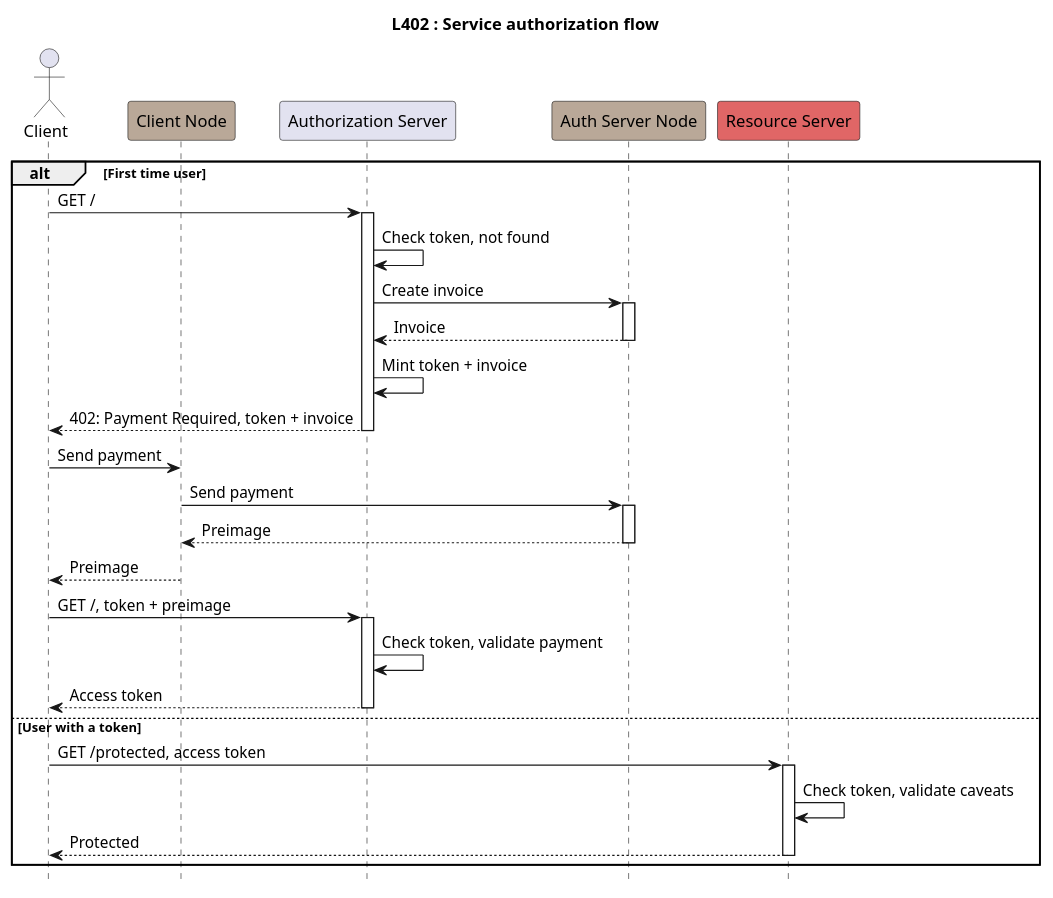
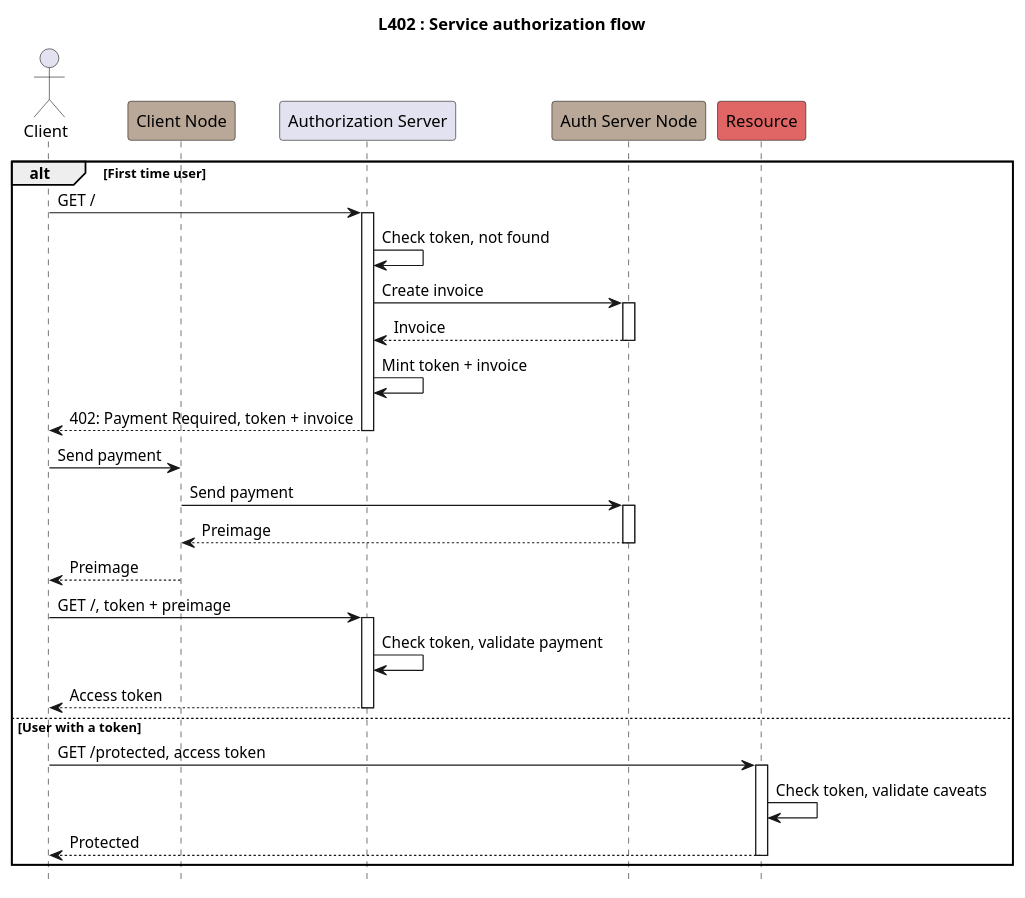
Before and after one commit to Byzantium-ETS/lsat: the diagram in CONTRIBUTING/Authorization.puml, drawn with PlantUML. The commit also changed 15 other files, not shown here.

```diff
--- a/CONTRIBUTING/Authorization.puml
+++ b/CONTRIBUTING/Authorization.puml
@@ -1,46 +1,46 @@
 @startuml
 title L402 : Service authorization flow
 
 hide stereotype
 hide empty members
 hide footbox
 
 actor Client as C
 participant "Client Node" as CNode #B9A898
 participant "Authorization Server" as Auth
 participant "Auth Server Node" as SNode  #B9A898
-participant "Resource Server" as Res #e06666
+participant "Resource" as Res #e06666
 
 alt First time user
   C -> Auth: GET /
   activate Auth
     Auth -> Auth: Check token, not found
     Auth -> SNode: Create invoice
     activate SNode
       Auth <-- SNode: Invoice
     deactivate SNode
     Auth -> Auth: Mint token + invoice
     C <-- Auth: 402: Payment Required, token + invoice
   deactivate Auth
   C -> CNode: Send payment
   CNode -> SNode: Send payment
   activate SNode
     CNode <-- SNode: Preimage
   deactivate SNode
   C <-- CNode: Preimage
   C -> Auth: GET /, token + preimage
   activate Auth
     Auth -> Auth: Check token, validate payment
     C <-- Auth: Access token
   deactivate Auth
 
 else User with a token
   C -> Res: GET /protected, access token
   activate Res
     Res -> Res: Check token, validate caveats
     C <-- Res: Protected
   deactivate Res
 
 end
 
 @enduml
```
